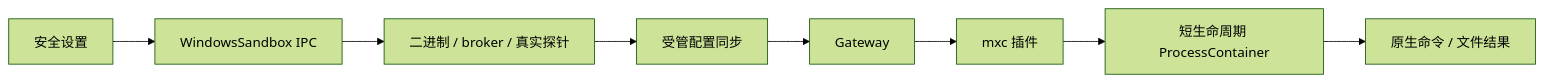
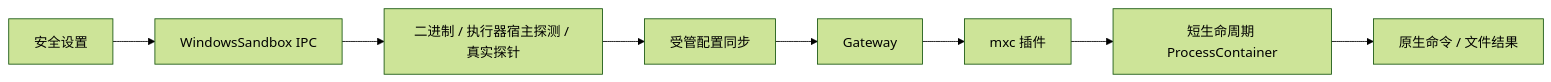
The diagram in docs/architecture/17-windows-native-sandbox.md (liangxhao/JustDo), drawn with Mermaid (forest theme) before and after one commit. The commit also changed other lines of this file and 12 other files, not shown here.

````diff
--- a/docs/architecture/17-windows-native-sandbox.md
+++ b/docs/architecture/17-windows-native-sandbox.md
@@ -9,10 +9,10 @@
 ```mermaid
 flowchart LR
   UI[安全设置] --> IPC[WindowsSandbox IPC]
-  IPC --> Probe[二进制 / broker / 真实探针]
+  IPC --> Probe[二进制 / 执行器宿主探测 / 真实探针]
   Probe --> Config[受管配置同步]
   Config --> Gateway[Gateway]
   Gateway --> MXC[mxc 插件]
   MXC --> PC[短生命周期 ProcessContainer]
   PC --> Result[原生命令 / 文件结果]
 ```
````
